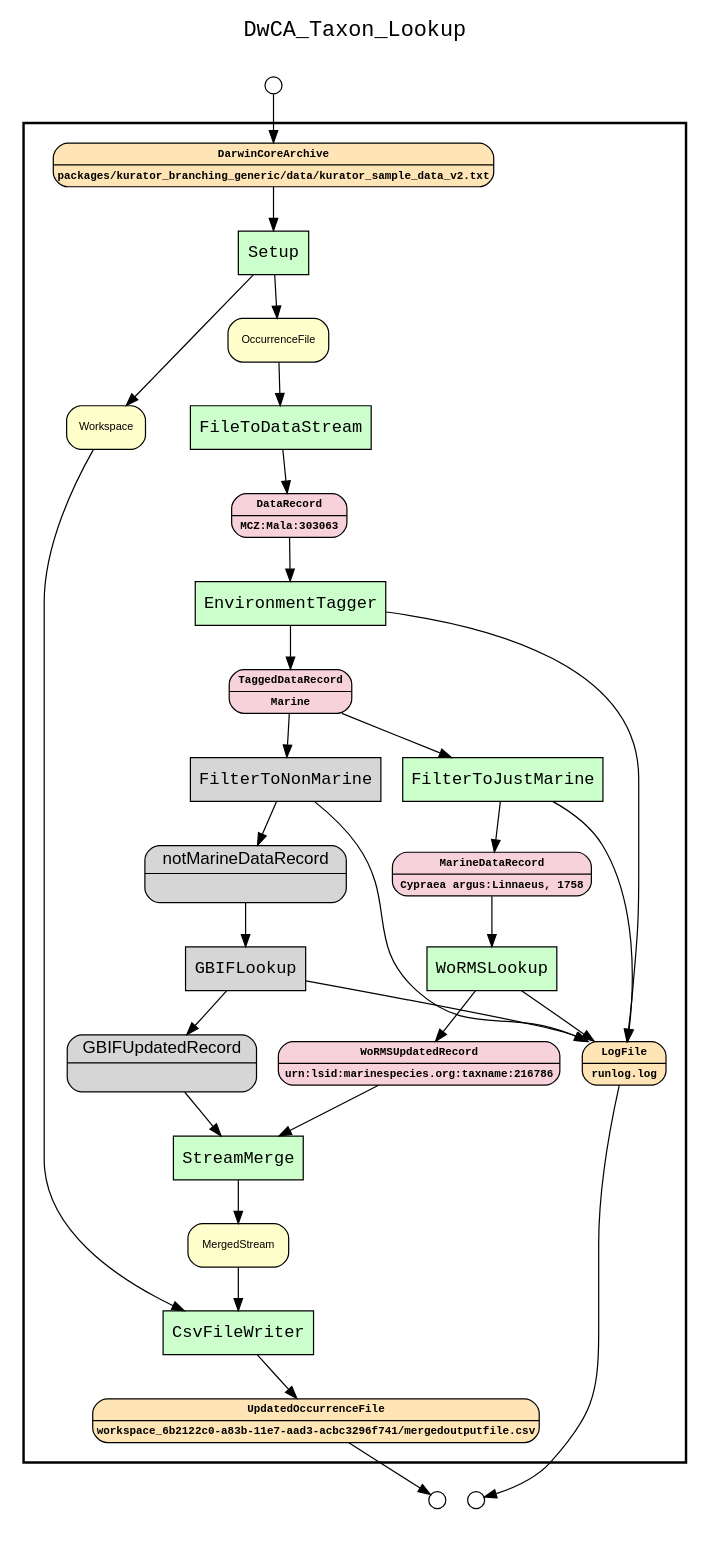
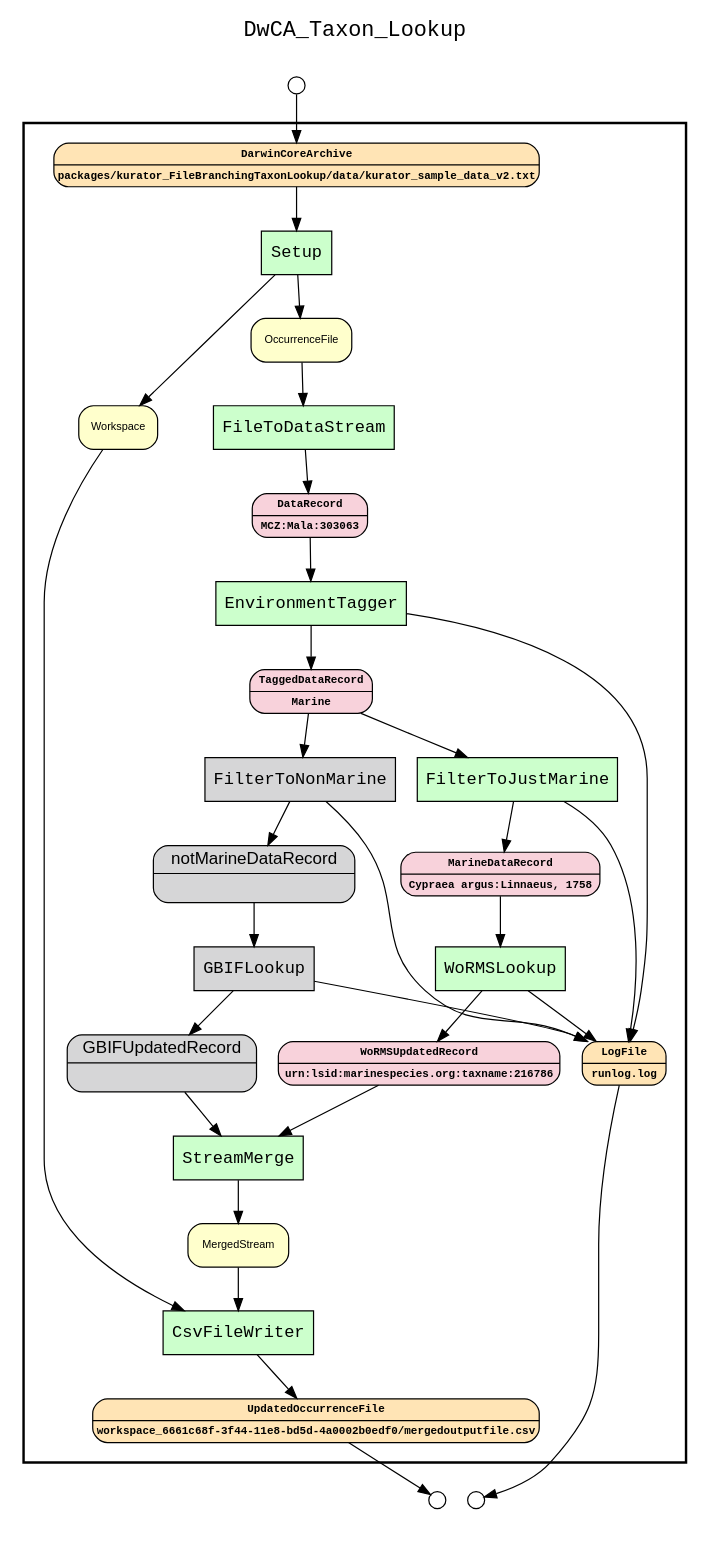
Before and after one commit to kurator-org/kurator-TDWG17-YW: the diagram in kurator_FileBranchingTaxonLookup/workflows/results/wf_recon_complete_graph_of_MCZ:Mala:303063.gv, drawn with Graphviz. The commit also changed 58 other files, not shown here.

```diff
--- a/kurator_FileBranchingTaxonLookup/workflows/results/wf_recon_complete_graph_of_MCZ:Mala:303063.gv
+++ b/kurator_FileBranchingTaxonLookup/workflows/results/wf_recon_complete_graph_of_MCZ:Mala:303063.gv
@@ -1,89 +1,89 @@
 
 digraph yw_data_view {
 rankdir=TB
 fontname=Courier; fontsize=18; labelloc=t
 label="DwCA_Taxon_Lookup"
 subgraph cluster_workflow { label=""; color=black; penwidth=2
 subgraph cluster_workflow_inner { label=""; color=white
 node[shape=box style="filled" fillcolor="#d6d6d7" peripheries=1 fontname=Courier]
 FilterToNonMarine
 GBIFLookup
 node[shape=box style="filled" fillcolor="#CCFFCC" peripheries=1 fontname=Courier]
 Setup
 FileToDataStream
 EnvironmentTagger
 FilterToJustMarine
 FilterToNonMarine
 WoRMSLookup
 GBIFLookup
 StreamMerge
 CsvFileWriter
 node[shape=box style="filled" fillcolor="#CCFFCC" peripheries=1 fontname=Courier]
 node[shape=box style="rounded,filled" fillcolor="#d6d6d7" peripheries=1 fontname=Helvetica]
 notMarineDataRecord
 GBIFUpdatedRecord
 node[shape=box style="rounded,filled" fillcolor="#f8d2db" peripheries=1 fontname="Courier-Bold" fontsize=9]
 DataRecord[shape=record rankdir=LR label="{<f0> DataRecord |<f1>MCZ:Mala:303063\n}"]
 TaggedDataRecord[shape=record rankdir=LR label="{<f0> TaggedDataRecord |<f1>Marine\n}"]
 MarineDataRecord[shape=record rankdir=LR label="{<f0> MarineDataRecord |<f1>Cypraea argus:Linnaeus, 1758\n}"]
 notMarineDataRecord[shape=record rankdir=LR label="{<f0> notMarineDataRecord |<f1> \n}"]
 WoRMSUpdatedRecord[shape=record rankdir=LR label="{<f0> WoRMSUpdatedRecord |<f1>urn:lsid:marinespecies.org:taxname:216786\n}"]
 GBIFUpdatedRecord[shape=record rankdir=LR label="{<f0> GBIFUpdatedRecord |<f1>\n}"]
 node[shape=box style="rounded,filled" fillcolor="#FFE4B5" peripheries=1 fontname="Courier-Bold" fontsize=9]
-DarwinCoreArchive[shape=record rankdir=LR label="{<f0> DarwinCoreArchive |<f1>packages/kurator_branching_generic/data/kurator_sample_data_v2.txt\n}"]
+DarwinCoreArchive[shape=record rankdir=LR label="{<f0> DarwinCoreArchive |<f1>packages/kurator_FileBranchingTaxonLookup/data/kurator_sample_data_v2.txt\n}"]
 node[shape=box style="rounded,filled" fillcolor="#FFFFCC" peripheries=1 fontname=Helvetica]
 Workspace
 OccurrenceFile
 DataRecord
 TaggedDataRecord
 MarineDataRecord
 notMarineDataRecord
 WoRMSUpdatedRecord
 GBIFUpdatedRecord
 MergedStream
 node[shape=box style="rounded,filled" fillcolor="#FFE4B5" peripheries=1 fontname="Courier-Bold" fontsize=9]
 LogFile[shape=record rankdir=LR label="{<f0> LogFile |<f1>runlog.log\n}"]
-UpdatedOccurrenceFile[shape=record rankdir=LR label="{<f0> UpdatedOccurrenceFile |<f1>workspace_6b2122c0-a83b-11e7-aad3-acbc3296f741/mergedoutputfile.csv\n}"]
+UpdatedOccurrenceFile[shape=record rankdir=LR label="{<f0> UpdatedOccurrenceFile |<f1>workspace_6661c68f-3f44-11e8-bd5d-4a0002b0edf0/mergedoutputfile.csv\n}"]
 node[shape=box style="rounded,filled" fillcolor="#FFFFFF" peripheries=1 fontname=Helvetica]
 }}
 subgraph cluster_inflows { label=""; color=white; penwidth=2
 subgraph cluster_inflows_inner { label=""; color=white
 node[shape=circle fillcolor="#FFFFFF" peripheries=1 width=0.2]
 DarwinCoreArchive_inflow [label=""]
 }}
 subgraph cluster_outflows { label=""; color=white; penwidth=2
 subgraph cluster_outflows_inner { label=""; color=white
 node[shape=circle fillcolor="#FFFFFF" peripheries=1 width=0.2]
 LogFile_outflow [label=""]
 UpdatedOccurrenceFile_outflow [label=""]
 }}
 DarwinCoreArchive -> Setup
 Workspace -> CsvFileWriter
 OccurrenceFile -> FileToDataStream
 DataRecord -> EnvironmentTagger
 TaggedDataRecord -> FilterToJustMarine
 TaggedDataRecord -> FilterToNonMarine
 MarineDataRecord -> WoRMSLookup
 notMarineDataRecord -> GBIFLookup
 WoRMSUpdatedRecord -> StreamMerge
 GBIFUpdatedRecord -> StreamMerge
 MergedStream -> CsvFileWriter
 Setup -> Workspace
 Setup -> OccurrenceFile
 FileToDataStream -> DataRecord
 EnvironmentTagger -> LogFile
 EnvironmentTagger -> TaggedDataRecord
 FilterToJustMarine -> LogFile
 FilterToJustMarine -> MarineDataRecord
 FilterToNonMarine -> LogFile
 FilterToNonMarine -> notMarineDataRecord
 WoRMSLookup -> LogFile
 WoRMSLookup -> WoRMSUpdatedRecord
 GBIFLookup -> LogFile
 GBIFLookup -> GBIFUpdatedRecord
 StreamMerge -> MergedStream
 CsvFileWriter -> UpdatedOccurrenceFile
 DarwinCoreArchive_inflow -> DarwinCoreArchive
 LogFile -> LogFile_outflow
 UpdatedOccurrenceFile -> UpdatedOccurrenceFile_outflow
 }
```
